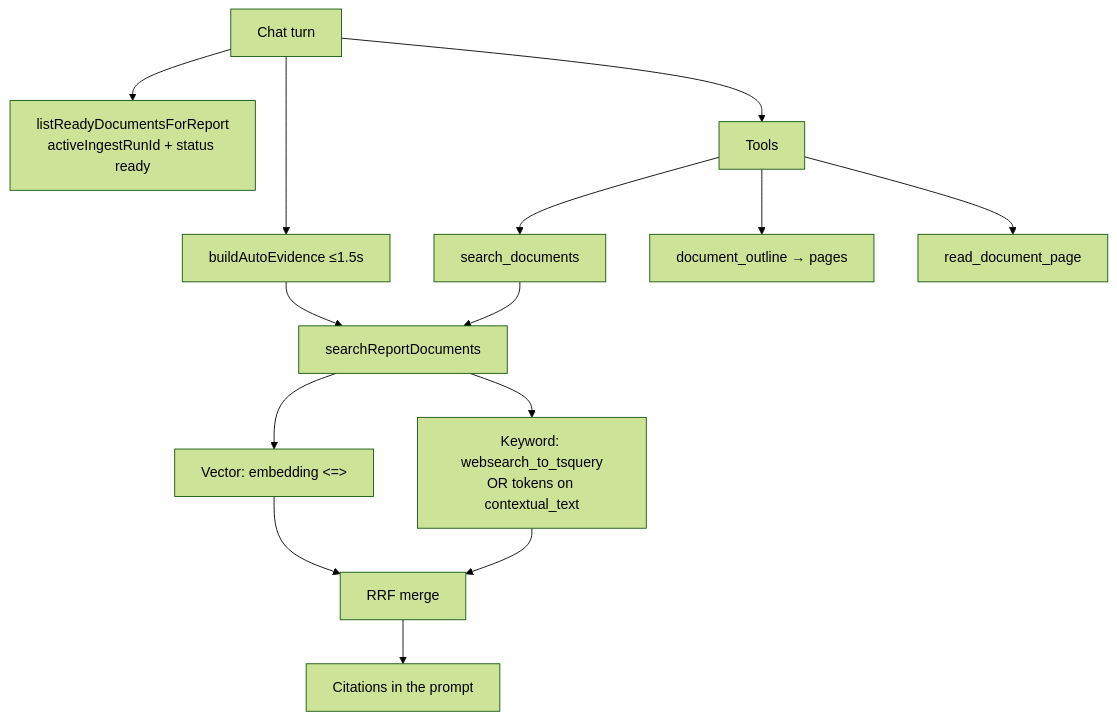
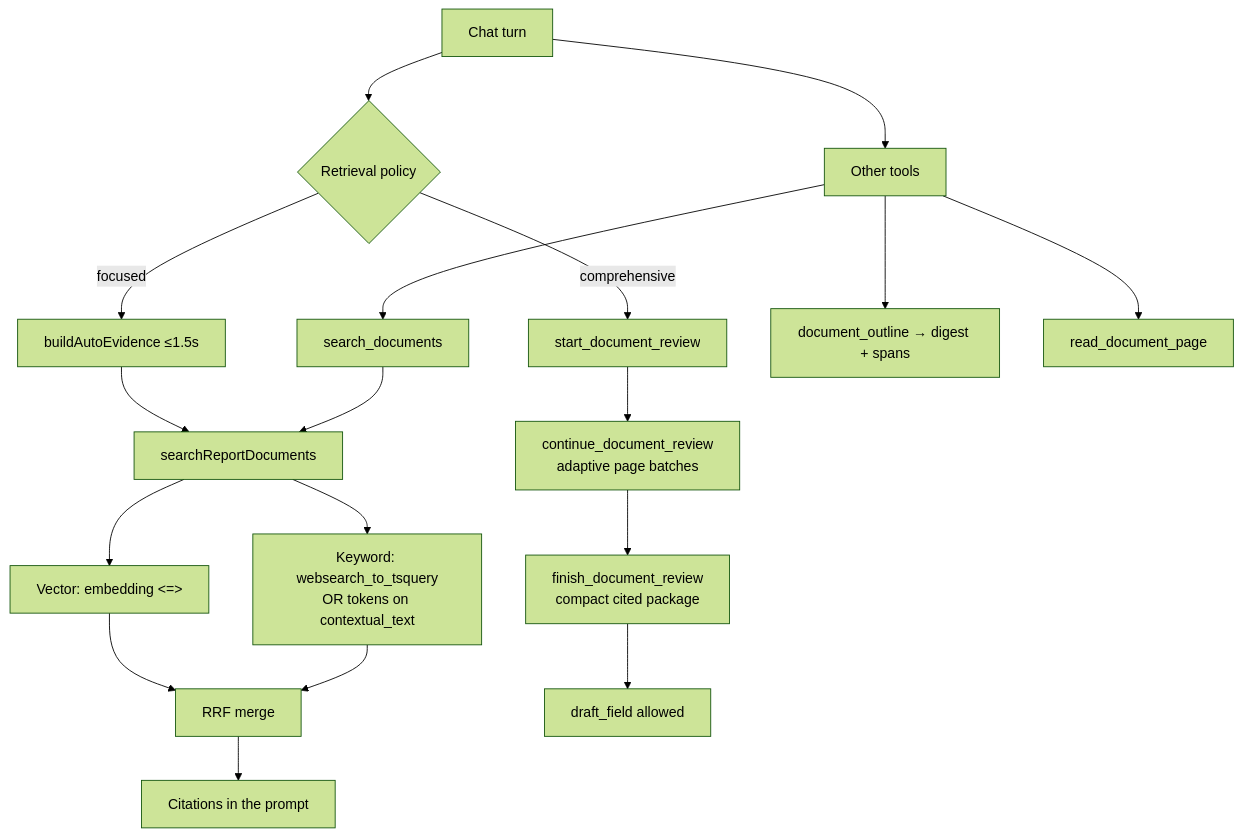
Before and after one commit to sachin-aag/andrei: the seventh of 7 diagrams in docs/document-ingest-pipeline.md, drawn with Mermaid (forest theme). The commit also changed other lines of this file and 24 other files, not shown here.

First line of the commit message:
Keep ordinary chat lookups fast while exhaustive reviews cover every page.

````diff
--- a/docs/document-ingest-pipeline.md
+++ b/docs/document-ingest-pipeline.md
@@ -161,17 +167,22 @@
 ```mermaid
 flowchart TD
-  A["Chat turn"] --> B["listReadyDocumentsForReport<br/>activeIngestRunId + status ready"]
-  A --> C["buildAutoEvidence ≤1.5s"]
+  A["Chat turn"] --> P{"Retrieval policy"}
+  P -->|focused| C["buildAutoEvidence ≤1.5s"]
   C --> D["searchReportDocuments"]
   D --> E["Vector: embedding <=>"]
   D --> F["Keyword: websearch_to_tsquery<br/>OR tokens on contextual_text"]
   E --> G["RRF merge"]
   F --> G
   G --> H["Citations in the prompt"]
 
-  A --> I["Tools"]
+  P -->|comprehensive| R["start_document_review"]
+  R --> S["continue_document_review<br/>adaptive page batches"]
+  S --> T["finish_document_review<br/>compact cited package"]
+  T --> U["draft_field allowed"]
+
+  A --> I["Other tools"]
   I --> J["search_documents"]
-  I --> K["document_outline → pages"]
+  I --> K["document_outline → digest + spans"]
   I --> L["read_document_page"]
   J --> D
 ```
````
